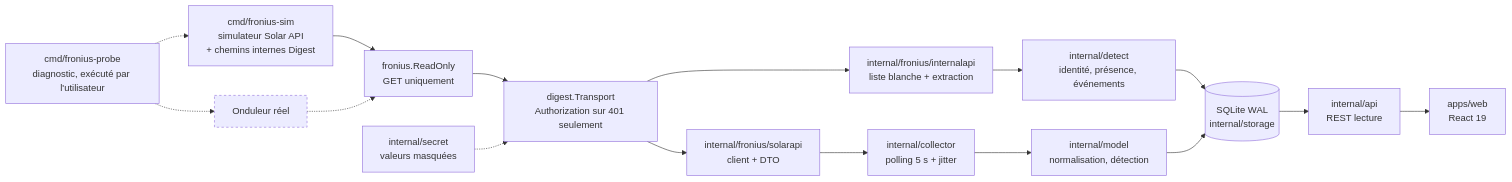
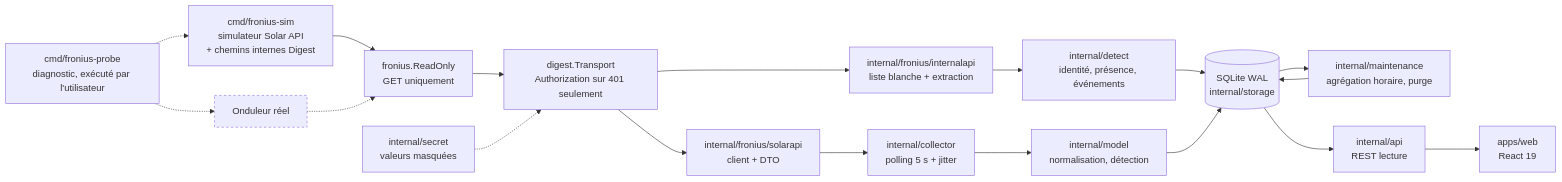
The diagram in docs/ARCHITECTURE.md (remylavergne/fronius-dashboard), drawn with Mermaid before and after one commit. The commit also changed other lines of this file and 17 other files, not shown here.

````diff
--- a/docs/ARCHITECTURE.md
+++ b/docs/ARCHITECTURE.md
@@ -9,31 +9,34 @@
 ```mermaid
 flowchart LR
   SIM["cmd/fronius-sim<br/>simulateur Solar API<br/>+ chemins internes Digest"]
   INV["Onduleur réel"]:::futur
   RO["fronius.ReadOnly<br/>GET uniquement"]
   DG["digest.Transport<br/>Authorization sur 401 seulement"]
   SA["internal/fronius/solarapi<br/>client + DTO"]
   IA["internal/fronius/internalapi<br/>liste blanche + extraction"]
   COL["internal/collector<br/>polling 5 s + jitter"]
   DET["internal/detect<br/>identité, présence, événements"]
+  MAINT["internal/maintenance<br/>agrégation horaire, purge"]
   MOD["internal/model<br/>normalisation, détection"]
   SEC["internal/secret<br/>valeurs masquées"]
   DB[("SQLite WAL<br/>internal/storage")]
   API["internal/api<br/>REST lecture"]
   WEB["apps/web<br/>React 19"]
   PROBE["cmd/fronius-probe<br/>diagnostic, exécuté par l'utilisateur"]
 
   SIM --> RO
   INV -.-> RO
   RO --> DG
   DG --> SA --> COL
   DG --> IA --> DET
   DET --> DB
   COL --> MOD --> DB
+  MAINT --> DB
+  DB --> MAINT
   SEC -.-> DG
   PROBE -.-> SIM
   PROBE -.-> INV
   DB --> API --> WEB
 
   classDef futur stroke-dasharray: 4 4
 ```
````
